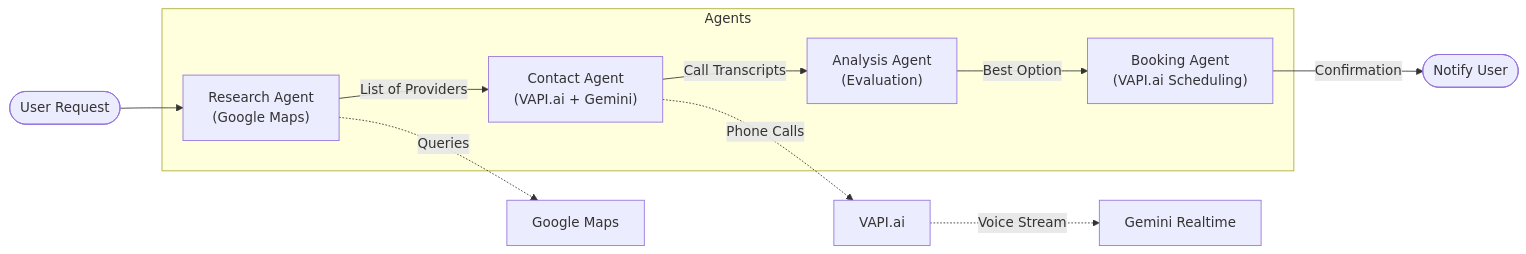
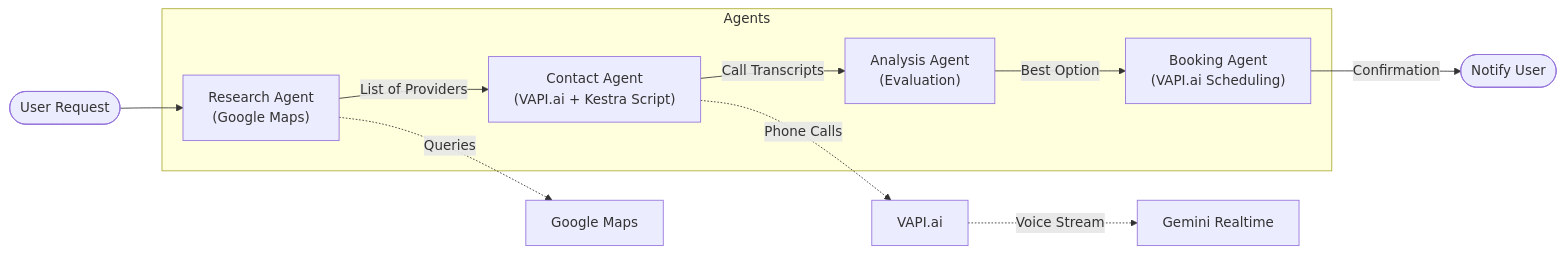
The second of 5 diagrams in docs/architecture.md (beetz12/concierge-ai), drawn with Mermaid before and after one commit. The commit also changed 3 other files, not shown here.

Commit message:
updated architecture

````diff
--- a/docs/architecture.md
+++ b/docs/architecture.md
@@ -57,20 +57,20 @@
 ```mermaid
 flowchart LR
     Start([User Request]) --> Research
     
     subgraph Agents
         Research["Research Agent<br/>(Google Maps)"]
-        Contact["Contact Agent<br/>(VAPI.ai + Gemini)"]
+        Contact["Contact Agent<br/>(VAPI.ai + Kestra Script)"]
         Analysis["Analysis Agent<br/>(Evaluation)"]
         Booking["Booking Agent<br/>(VAPI.ai Scheduling)"]
     end
     
     Research -->|List of Providers| Contact
     Contact -->|Call Transcripts| Analysis
     Analysis -->|Best Option| Booking
     Booking -->|Confirmation| End([Notify User])
     
     Research -.->|Queries| GoogleMaps[Google Maps]
     Contact -.->|Phone Calls| VAPI[VAPI.ai]
     VAPI -.->|Voice Stream| Gemini[Gemini Realtime]
 ```
````
